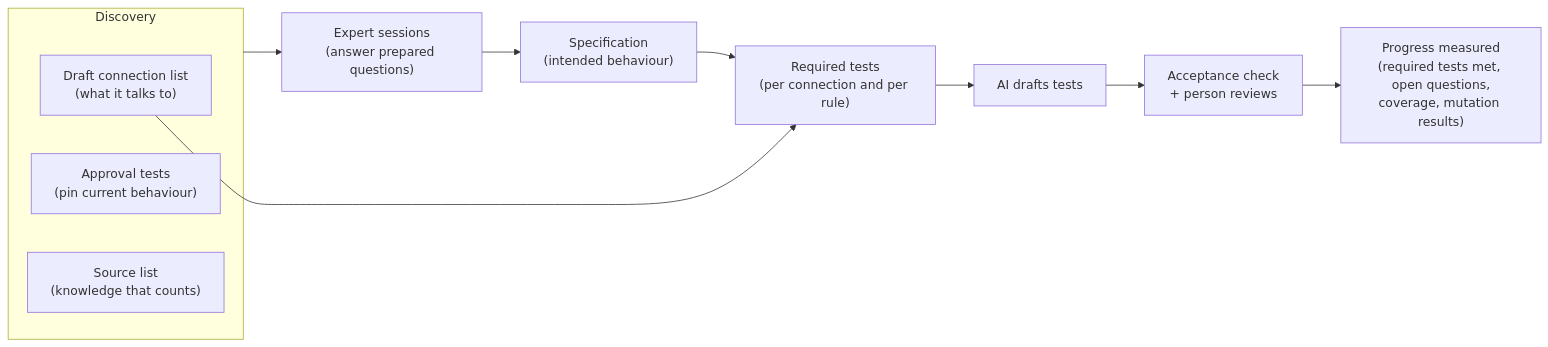
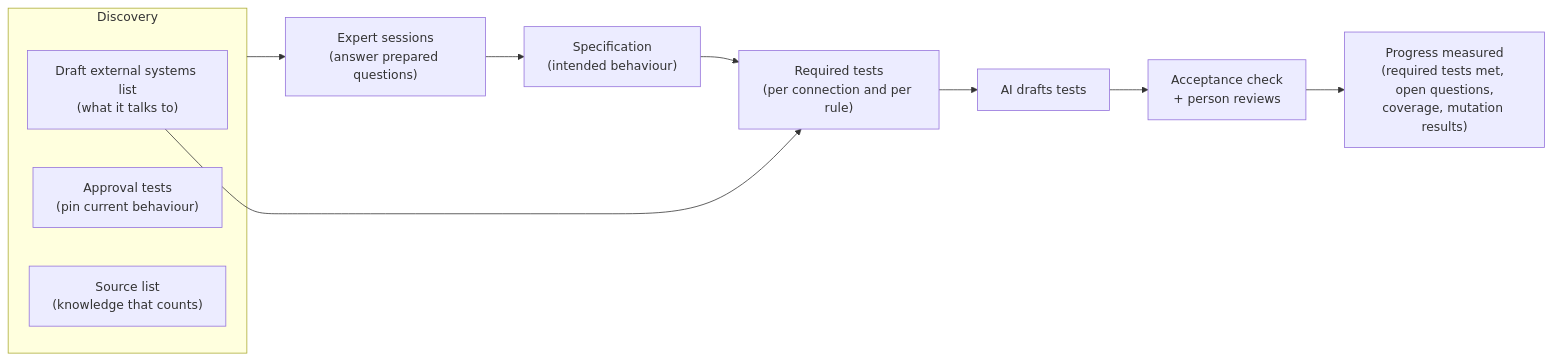
Before and after one commit to fiftiesHousewife/under-test: the first of 4 diagrams in docs/design/repo-journey.md, drawn with Mermaid. The commit also changed other lines of this file and 195 other files, not shown here.

First line of the commit message:
"External system" replaces "connection": the external systems list, reach points, and each test's external_systems

````diff
--- a/docs/design/repo-journey.md
+++ b/docs/design/repo-journey.md
@@ -9,15 +9,15 @@
 ```mermaid
 flowchart LR
     subgraph D["Discovery"]
-        C["Draft connection list<br/>(what it talks to)"]
+        C["Draft external systems list<br/>(what it talks to)"]
         A["Approval tests<br/>(pin current behaviour)"]
         S["Source list<br/>(knowledge that counts)"]
     end
     D --> Q["Expert sessions<br/>(answer prepared questions)"]
     Q --> SP["Specification<br/>(intended behaviour)"]
     SP --> R["Required tests<br/>(per connection and per rule)"]
     C --> R
     R --> AI["AI drafts tests"]
     AI --> G["Acceptance check<br/>+ person reviews"]
     G --> M["Progress measured<br/>(required tests met, open questions,<br/>coverage, mutation results)"]
 ```
````
